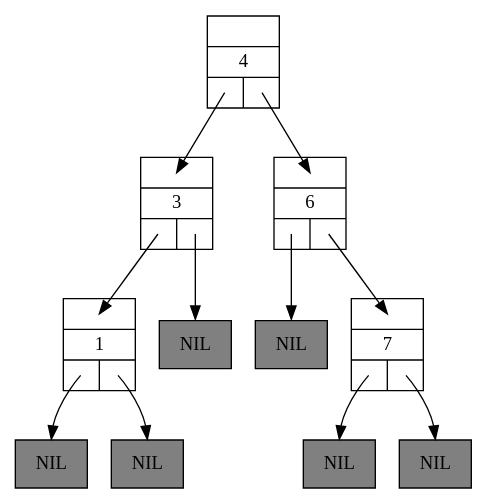
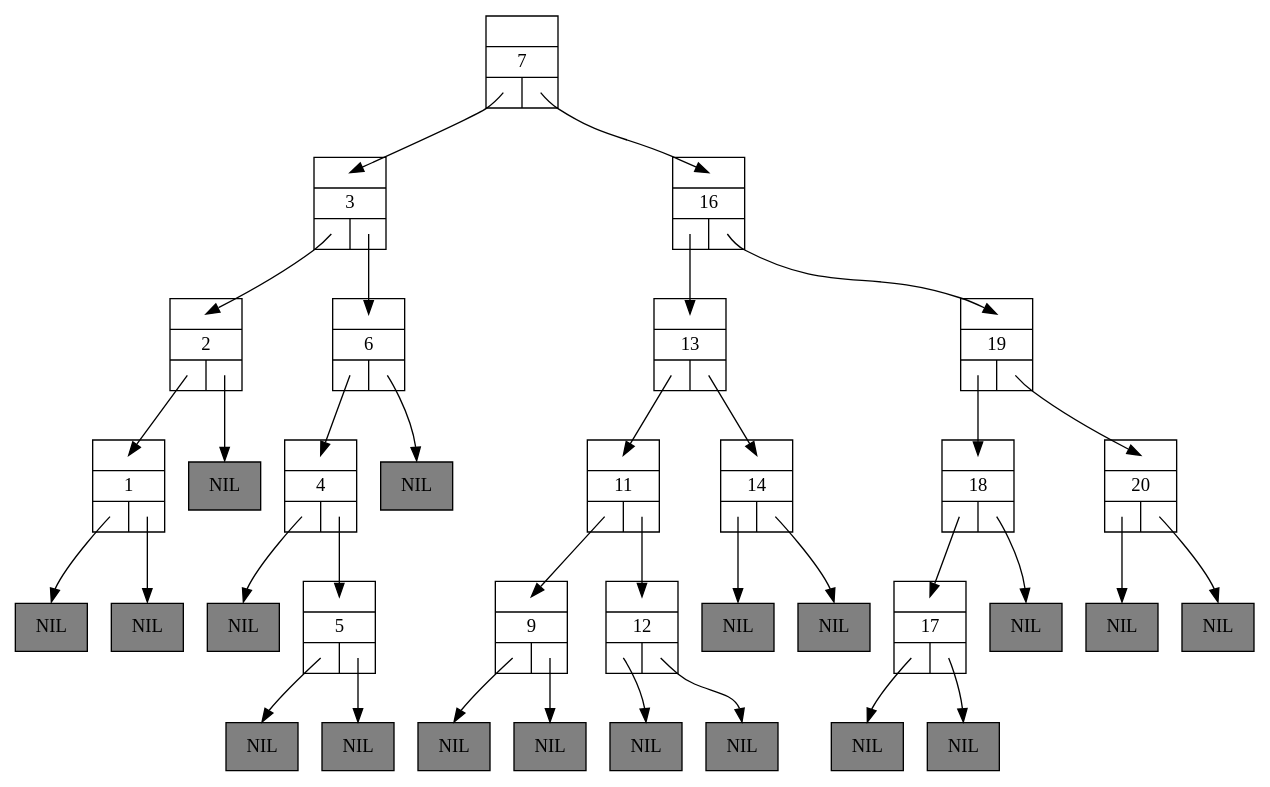
One commit to Ravemi987/Algo3 changed the diagram in TP/TP5/Code/Tree-3.dot. Above: the diagram before and after it, drawn with Graphviz. The commit also changed 22 other files, not shown here.

```diff
--- a/TP/TP5/Code/Tree-3.dot
+++ b/TP/TP5/Code/Tree-3.dot
@@ -1,27 +1,75 @@
 digraph BinarySearchTree2 {
 	graph [ranksep=0.5];
 	node [shape = record];
 
 	n1 [label="{{<parent>}|1|{<left>|<right>}}"];
 	lnil1 [style=filled, fillcolor=grey, label="NIL"];
 	n1:left:c -> lnil1:n [headclip=false, tailclip=false]
 	rnil1 [style=filled, fillcolor=grey, label="NIL"];
 	n1:right:c -> rnil1:n [headclip=false, tailclip=false]
+	n2 [label="{{<parent>}|2|{<left>|<right>}}"];
+	n2:left:c -> n1:parent:c [headclip=false, tailclip=false]
+	rnil2 [style=filled, fillcolor=grey, label="NIL"];
+	n2:right:c -> rnil2:n [headclip=false, tailclip=false]
 	n3 [label="{{<parent>}|3|{<left>|<right>}}"];
-	n3:left:c -> n1:parent:c [headclip=false, tailclip=false]
-	rnil3 [style=filled, fillcolor=grey, label="NIL"];
-	n3:right:c -> rnil3:n [headclip=false, tailclip=false]
+	n3:left:c -> n2:parent:c [headclip=false, tailclip=false]
+	n3:right:c -> n6:parent:c [headclip=false, tailclip=false]
 	n4 [label="{{<parent>}|4|{<left>|<right>}}"];
-	n4:left:c -> n3:parent:c [headclip=false, tailclip=false]
-	n4:right:c -> n6:parent:c [headclip=false, tailclip=false]
+	lnil4 [style=filled, fillcolor=grey, label="NIL"];
+	n4:left:c -> lnil4:n [headclip=false, tailclip=false]
+	n4:right:c -> n5:parent:c [headclip=false, tailclip=false]
+	n5 [label="{{<parent>}|5|{<left>|<right>}}"];
+	lnil5 [style=filled, fillcolor=grey, label="NIL"];
+	n5:left:c -> lnil5:n [headclip=false, tailclip=false]
+	rnil5 [style=filled, fillcolor=grey, label="NIL"];
+	n5:right:c -> rnil5:n [headclip=false, tailclip=false]
 	n6 [label="{{<parent>}|6|{<left>|<right>}}"];
-	lnil6 [style=filled, fillcolor=grey, label="NIL"];
-	n6:left:c -> lnil6:n [headclip=false, tailclip=false]
-	n6:right:c -> n7:parent:c [headclip=false, tailclip=false]
+	n6:left:c -> n4:parent:c [headclip=false, tailclip=false]
+	rnil6 [style=filled, fillcolor=grey, label="NIL"];
+	n6:right:c -> rnil6:n [headclip=false, tailclip=false]
 	n7 [label="{{<parent>}|7|{<left>|<right>}}"];
-	lnil7 [style=filled, fillcolor=grey, label="NIL"];
-	n7:left:c -> lnil7:n [headclip=false, tailclip=false]
-	rnil7 [style=filled, fillcolor=grey, label="NIL"];
-	n7:right:c -> rnil7:n [headclip=false, tailclip=false]
+	n7:left:c -> n3:parent:c [headclip=false, tailclip=false]
+	n7:right:c -> n16:parent:c [headclip=false, tailclip=false]
+	n9 [label="{{<parent>}|9|{<left>|<right>}}"];
+	lnil9 [style=filled, fillcolor=grey, label="NIL"];
+	n9:left:c -> lnil9:n [headclip=false, tailclip=false]
+	rnil9 [style=filled, fillcolor=grey, label="NIL"];
+	n9:right:c -> rnil9:n [headclip=false, tailclip=false]
+	n11 [label="{{<parent>}|11|{<left>|<right>}}"];
+	n11:left:c -> n9:parent:c [headclip=false, tailclip=false]
+	n11:right:c -> n12:parent:c [headclip=false, tailclip=false]
+	n12 [label="{{<parent>}|12|{<left>|<right>}}"];
+	lnil12 [style=filled, fillcolor=grey, label="NIL"];
+	n12:left:c -> lnil12:n [headclip=false, tailclip=false]
+	rnil12 [style=filled, fillcolor=grey, label="NIL"];
+	n12:right:c -> rnil12:n [headclip=false, tailclip=false]
+	n13 [label="{{<parent>}|13|{<left>|<right>}}"];
+	n13:left:c -> n11:parent:c [headclip=false, tailclip=false]
+	n13:right:c -> n14:parent:c [headclip=false, tailclip=false]
+	n14 [label="{{<parent>}|14|{<left>|<right>}}"];
+	lnil14 [style=filled, fillcolor=grey, label="NIL"];
+	n14:left:c -> lnil14:n [headclip=false, tailclip=false]
+	rnil14 [style=filled, fillcolor=grey, label="NIL"];
+	n14:right:c -> rnil14:n [headclip=false, tailclip=false]
+	n16 [label="{{<parent>}|16|{<left>|<right>}}"];
+	n16:left:c -> n13:parent:c [headclip=false, tailclip=false]
+	n16:right:c -> n19:parent:c [headclip=false, tailclip=false]
+	n17 [label="{{<parent>}|17|{<left>|<right>}}"];
+	lnil17 [style=filled, fillcolor=grey, label="NIL"];
+	n17:left:c -> lnil17:n [headclip=false, tailclip=false]
+	rnil17 [style=filled, fillcolor=grey, label="NIL"];
+	n17:right:c -> rnil17:n [headclip=false, tailclip=false]
+	n18 [label="{{<parent>}|18|{<left>|<right>}}"];
+	n18:left:c -> n17:parent:c [headclip=false, tailclip=false]
+	rnil18 [style=filled, fillcolor=grey, label="NIL"];
+	n18:right:c -> rnil18:n [headclip=false, tailclip=false]
+	n19 [label="{{<parent>}|19|{<left>|<right>}}"];
+	n19:left:c -> n18:parent:c [headclip=false, tailclip=false]
+	n19:right:c -> n20:parent:c [headclip=false, tailclip=false]
+	n20 [label="{{<parent>}|20|{<left>|<right>}}"];
+	lnil20 [style=filled, fillcolor=grey, label="NIL"];
+	n20:left:c -> lnil20:n [headclip=false, tailclip=false]
+	rnil20 [style=filled, fillcolor=grey, label="NIL"];
+	n20:right:c -> rnil20:n [headclip=false, tailclip=false]
 
 }
```
